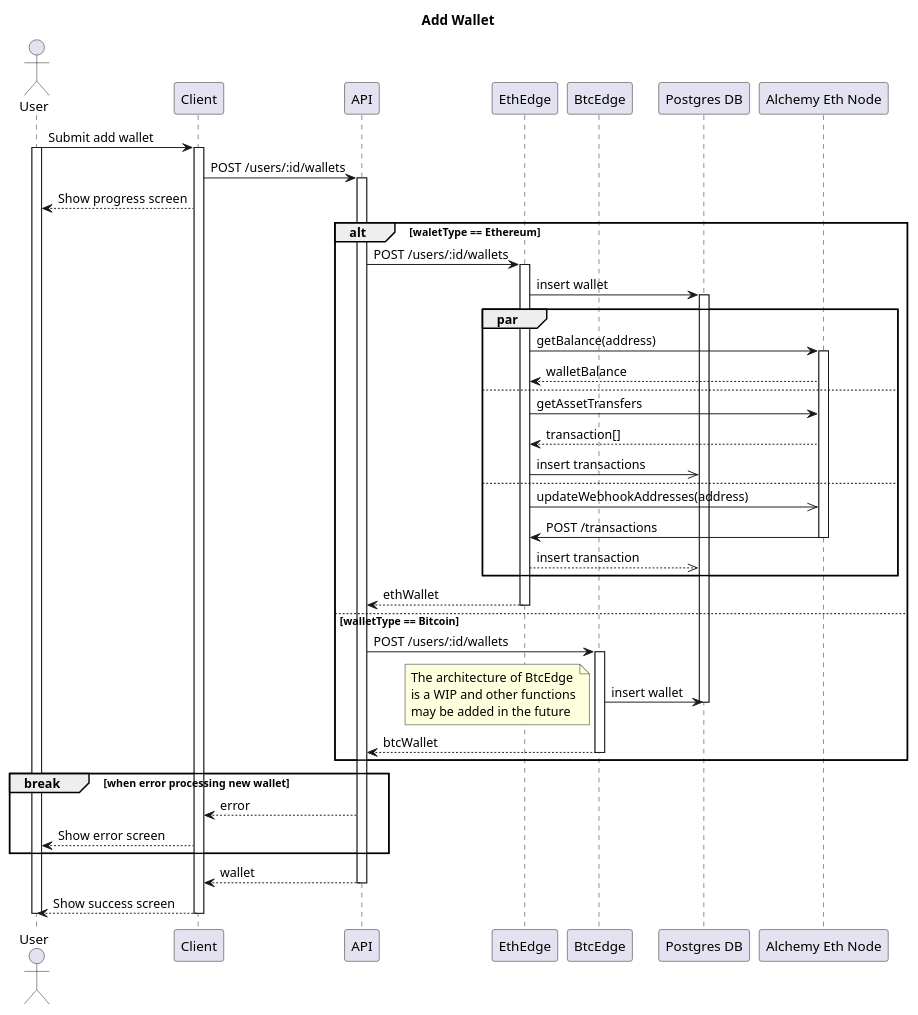
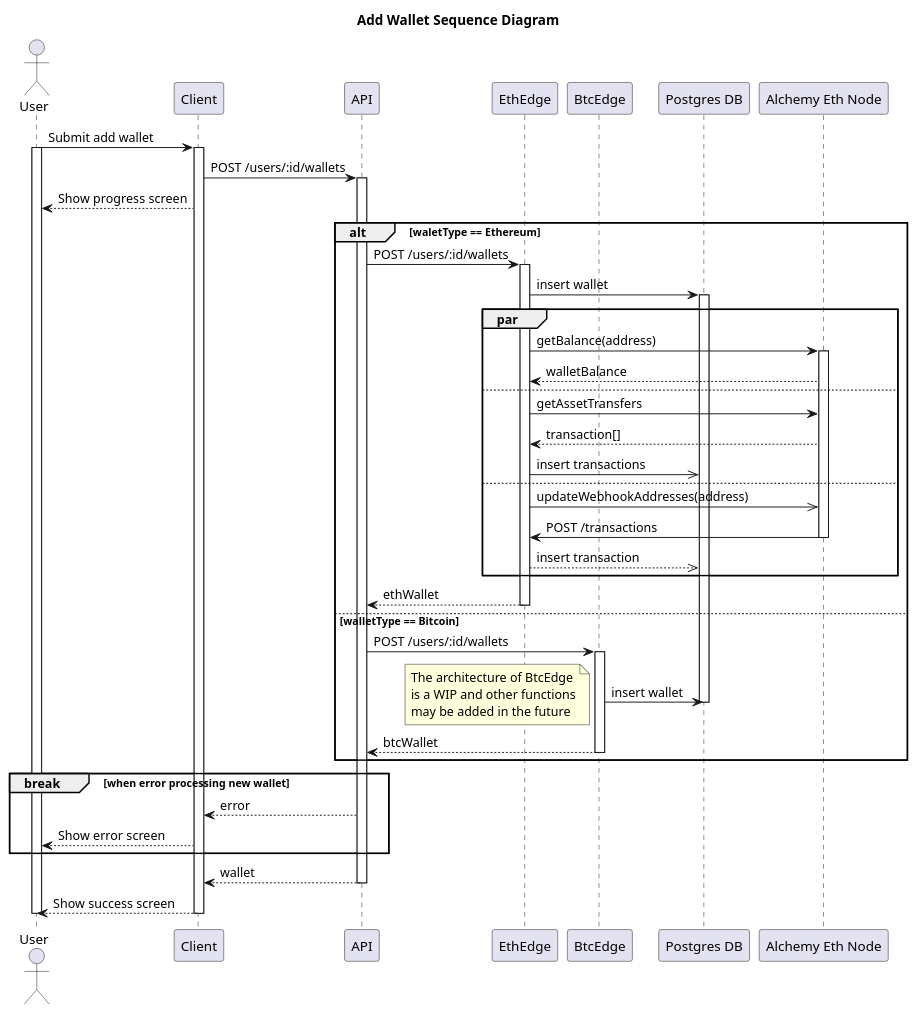
The diagram in packages/docs/diagrams/sequence_add_wallet.puml (SOEN-490-Capstone/Cryptify), drawn with PlantUML before and after one commit. The commit also changed 2 other files, not shown here.

Commit message:
Updated diagram titles

```diff
--- a/packages/docs/diagrams/sequence_add_wallet.puml
+++ b/packages/docs/diagrams/sequence_add_wallet.puml
@@ -1,64 +1,64 @@
 @startuml
 
-title Add Wallet
+title Add Wallet Sequence Diagram
 
 actor User
 participant Client
 participant API
 participant EthEdge
 participant BtcEdge
 participant "Postgres DB"
 participant "Alchemy Eth Node"
 
 User -> Client: Submit add wallet
 activate User
 activate Client
 Client -> API: POST /users/:id/wallets
 activate API
 Client --> User: Show progress screen
 alt waletType == Ethereum
     API -> EthEdge: POST /users/:id/wallets
     activate EthEdge
     EthEdge -> "Postgres DB": insert wallet
     activate "Postgres DB"
 
     par
         EthEdge -> "Alchemy Eth Node": getBalance(address)
         activate "Alchemy Eth Node"
         "Alchemy Eth Node" --> EthEdge: walletBalance
     else
         EthEdge -> "Alchemy Eth Node": getAssetTransfers
         "Alchemy Eth Node" --> EthEdge: transaction[]
         EthEdge ->> "Postgres DB": insert transactions
     else
         EthEdge ->> "Alchemy Eth Node": updateWebhookAddresses(address)
         "Alchemy Eth Node" -> EthEdge: POST /transactions
         deactivate "Alchemy Eth Node"
         EthEdge -->> "Postgres DB": insert transaction
     end
 
     EthEdge --> API: ethWallet
     deactivate EthEdge
 else walletType == Bitcoin
     API -> BtcEdge: POST /users/:id/wallets
     activate BtcEdge
     BtcEdge -> "Postgres DB": insert wallet
     deactivate "Postgres DB"
     note left: The architecture of BtcEdge\nis a WIP and other functions\nmay be added in the future
 
     BtcEdge --> API: btcWallet
     deactivate BtcEdge
 end
 
 break when error processing new wallet
     API --> Client: error
     Client --> User: Show error screen
 end
 
 API --> Client: wallet
 deactivate API
 Client --> User: Show success screen
 deactivate Client
 deactivate User
 
 @enduml
```
